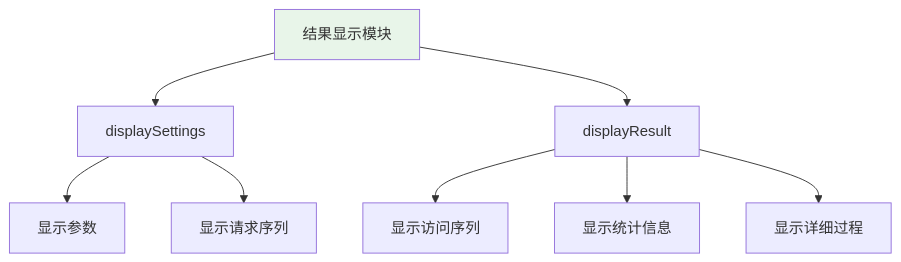
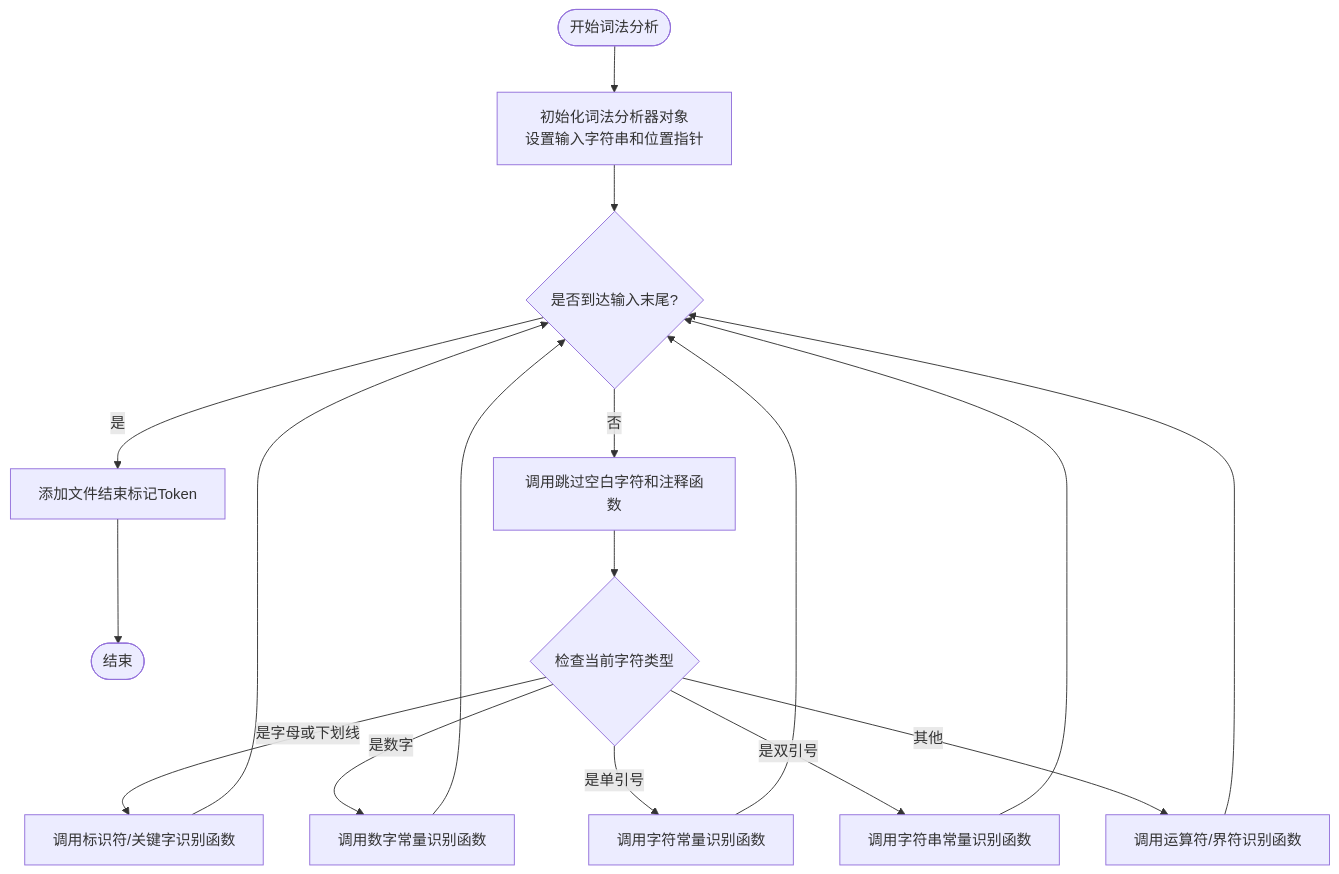
Before and after one commit to zhengky-paper-account/-CF-OF-: the first of 7 diagrams in README.md, drawn with Mermaid. The commit also changed other lines of this file, not shown here.

````diff
--- a/README.md
+++ b/README.md
@@ -194,12 +25,19 @@
 ```mermaid
-graph TD
-    A[结果显示模块] --> B1[displaySettings]
-    A --> B2[displayResult]
-    B1 --> C1[显示参数]
-    B1 --> C2[显示请求序列]
-    B2 --> C3[显示访问序列]
-    B2 --> C4[显示统计信息]
-    B2 --> C5[显示详细过程]
-    
-    style A fill:#e8f5e9
+flowchart TD
+    开始([开始词法分析]) --> 初始化[初始化词法分析器对象<br/>设置输入字符串和位置指针]
+    初始化 --> 循环判断{是否到达输入末尾?}
+    循环判断 -->|是| 添加结束标记[添加文件结束标记Token]
+    添加结束标记 --> 结束([结束])
+    循环判断 -->|否| 跳过空白注释[调用跳过空白字符和注释函数]
+    跳过空白注释 --> 检查字符{检查当前字符类型}
+    检查字符 -->|是字母或下划线| 识别标识符[调用标识符/关键字识别函数]
+    检查字符 -->|是数字| 识别数字[调用数字常量识别函数]
+    检查字符 -->|是单引号| 识别字符[调用字符常量识别函数]
+    检查字符 -->|是双引号| 识别字符串[调用字符串常量识别函数]
+    检查字符 -->|其他| 识别运算符[调用运算符/界符识别函数]
+    识别标识符 --> 循环判断
+    识别数字 --> 循环判断
+    识别字符 --> 循环判断
+    识别字符串 --> 循环判断
+    识别运算符 --> 循环判断
 ```
````
